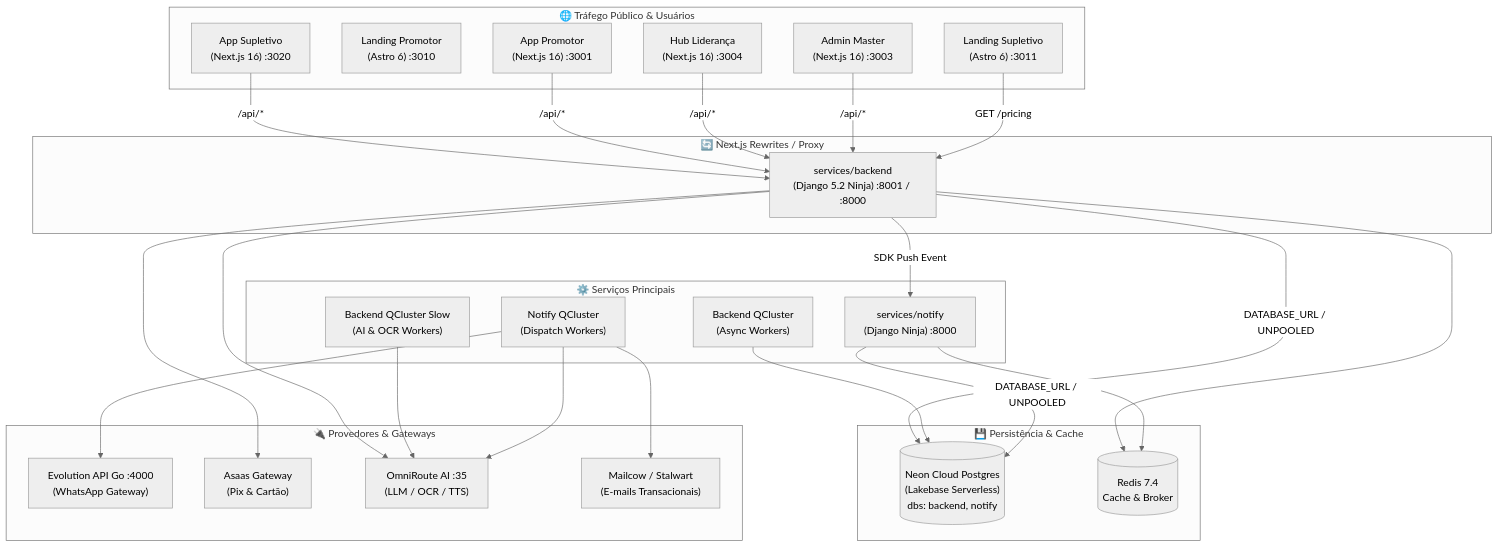
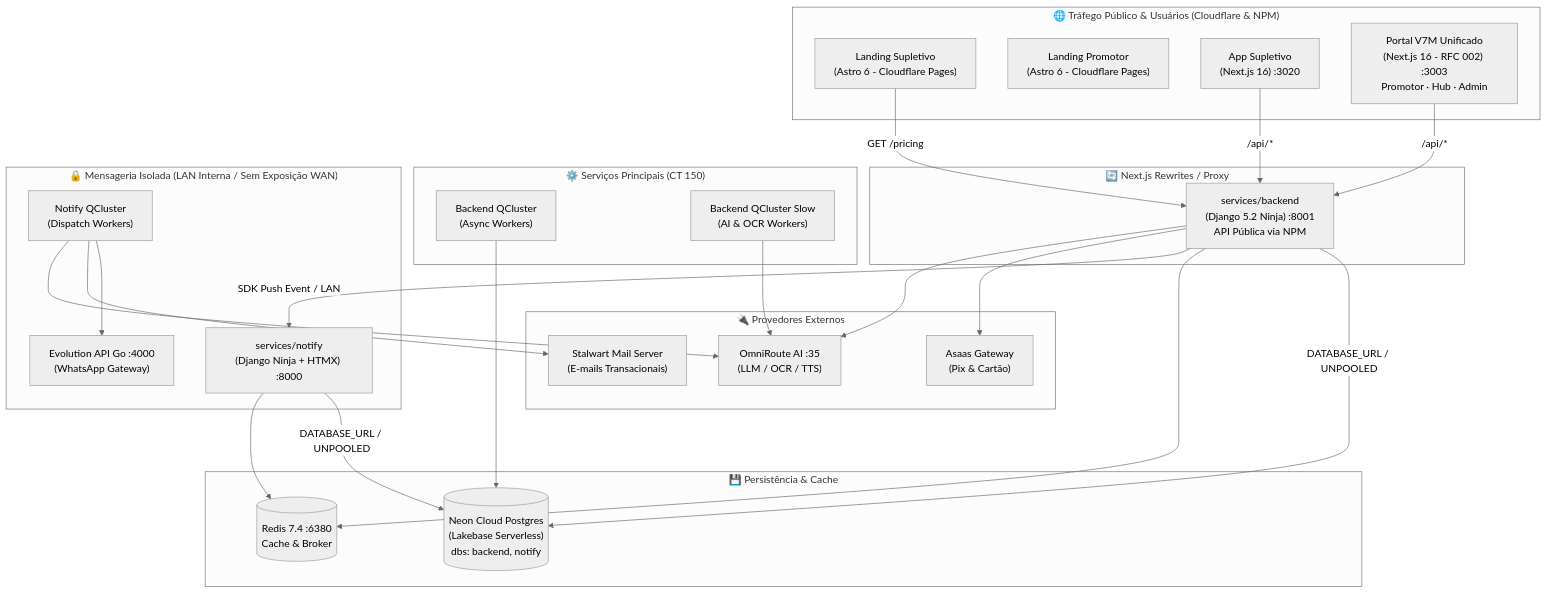
Before and after one commit to maestri33/platform-v7m: the diagram in docs/architecture/system-design.md, drawn with Mermaid (neutral theme). The commit also changed other lines of this file and 4 other files, not shown here.

Commit message:
docs(arch): clarify network mesh, portal unification and internal messaging isolation (#36)

````diff
--- a/docs/architecture/system-design.md
+++ b/docs/architecture/system-design.md
@@ -9,54 +9,53 @@
 ```mermaid
 flowchart TD
-    subgraph Public["🌐 Tráfego Público & Usuários"]
-        LP_Aluno["Landing Supletivo<br>(Astro 6) :3011"]
-        LP_Prom["Landing Promotor<br>(Astro 6) :3010"]
+    subgraph Public["🌐 Tráfego Público & Usuários (Cloudflare & NPM)"]
+        LP_Aluno["Landing Supletivo<br>(Astro 6 - Cloudflare Pages)"]
+        LP_Prom["Landing Promotor<br>(Astro 6 - Cloudflare Pages)"]
         App_Aluno["App Supletivo<br>(Next.js 16) :3020"]
-        App_Prom["App Promotor<br>(Next.js 16) :3001"]
-        Hub["Hub Liderança<br>(Next.js 16) :3004"]
-        Admin["Admin Master<br>(Next.js 16) :3003"]
+        Portal_Unificado["Portal V7M Unificado<br>(Next.js 16 - RFC 002) :3003<br>Promotor · Hub · Admin"]
     end
 
     subgraph Internal_Proxy["🔄 Next.js Rewrites / Proxy"]
         App_Aluno -->|/api/*| Backend
-        App_Prom -->|/api/*| Backend
-        Hub -->|/api/*| Backend
-        Admin -->|/api/*| Backend
+        Portal_Unificado -->|/api/*| Backend
         LP_Aluno -->|GET /pricing| Backend
     end
 
-    subgraph Core_Services["⚙️ Serviços Principais"]
-        Backend["services/backend<br>(Django 5.2 Ninja) :8001 / :8000"]
+    subgraph Core_Services["⚙️ Serviços Principais (CT 150)"]
+        Backend["services/backend<br>(Django 5.2 Ninja) :8001<br>API Pública via NPM"]
         QCluster_Main["Backend QCluster<br>(Async Workers)"]
         QCluster_Slow["Backend QCluster Slow<br>(AI & OCR Workers)"]
-        Notify["services/notify<br>(Django Ninja) :8000"]
+    end
+
+    subgraph Internal_Messaging["🔒 Mensageria Isolada (LAN Interna / Sem Exposição WAN)"]
+        Notify["services/notify<br>(Django Ninja + HTMX) :8000"]
         Notify_Worker["Notify QCluster<br>(Dispatch Workers)"]
+        EvoGo["Evolution API Go :4000<br>(WhatsApp Gateway)"]
     end
 
     subgraph Data_Storage["💾 Persistência & Cache"]
         Neon[("Neon Cloud Postgres<br>(Lakebase Serverless)<br>dbs: backend, notify")]
-        Redis[("Redis 7.4<br>Cache & Broker")]
+        Redis[("Redis 7.4 :6380<br>Cache & Broker")]
     end
 
-    subgraph External_Integrations["🔌 Provedores & Gateways"]
-        EvoGo["Evolution API Go :4000<br>(WhatsApp Gateway)"]
+    subgraph External_Integrations["🔌 Provedores Externos"]
         Asaas["Asaas Gateway<br>(Pix & Cartão)"]
         OmniRoute["OmniRoute AI :35<br>(LLM / OCR / TTS)"]
-        SMTP["Mailcow / Stalwart<br>(E-mails Transacionais)"]
+        SMTP["Stalwart Mail Server<br>(E-mails Transacionais)"]
     end
 
     Backend -->|DATABASE_URL / UNPOOLED| Neon
     Backend --> Redis
-    Backend -->|SDK Push Event| Notify
+    Backend -->|SDK Push Event / LAN| Notify
     Backend --> Asaas
     Backend --> OmniRoute
     
     QCluster_Main --> Neon
     QCluster_Slow --> OmniRoute
 
     Notify -->|DATABASE_URL / UNPOOLED| Neon
     Notify --> Redis
     Notify_Worker --> EvoGo
     Notify_Worker --> SMTP
     Notify_Worker --> OmniRoute
 ```
````
